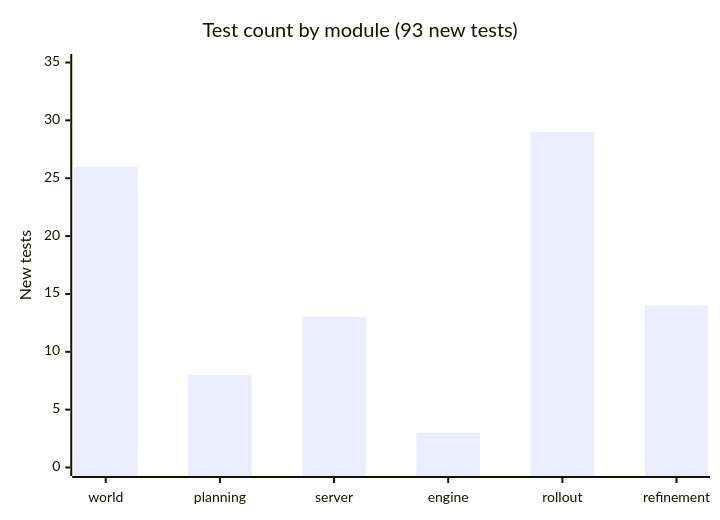
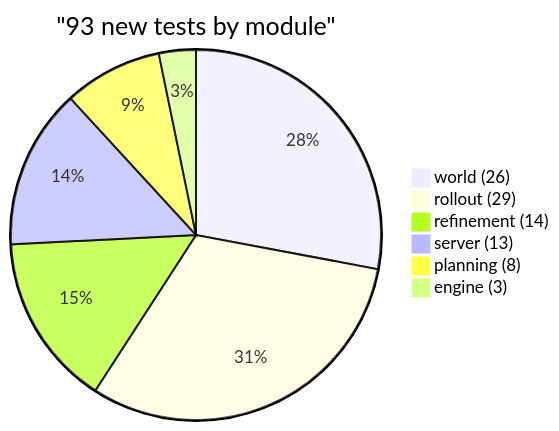
Diagram 14 of 16 in docs/technical-report-2026-04-15-16.md (RPP1011/quest_game), drawn with Mermaid before and after one commit. The commit also changed other lines of this file, not shown here.

First line of the commit message:
fix(docs): mermaid render fixes for GitHub Pages

```diff
--- a/docs/technical-report-2026-04-15-16.md
+++ b/docs/technical-report-2026-04-15-16.md
@@ -419,7 +435,9 @@
 <pre class="mermaid" markdown="0">
-xychart-beta
-    title "Test count by module (93 new tests)"
-    x-axis ["world", "planning", "server", "engine", "rollout", "refinement"]
-    y-axis "New tests" 0 --> 35
-    bar [26, 8, 13, 3, 29, 14]
+pie title "93 new tests by module"
+    "world (26)" : 26
+    "rollout (29)" : 29
+    "refinement (14)" : 14
+    "server (13)" : 13
+    "planning (8)" : 8
+    "engine (3)" : 3
 </pre>
```
